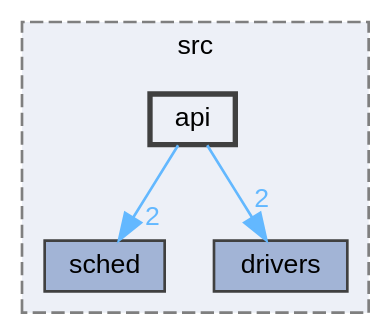
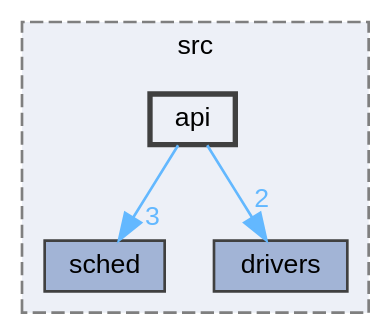
One commit to Ghaadyy/elevator-controller changed the diagram in dev/dir_18ac01a18bb8b208f27c88345941c779_dep.dot. Above: the diagram before and after it, drawn with Graphviz. The commit also changed 95 other files, not shown here.

```diff
--- a/dev/dir_18ac01a18bb8b208f27c88345941c779_dep.dot
+++ b/dev/dir_18ac01a18bb8b208f27c88345941c779_dep.dot
@@ -1,16 +1,16 @@
 digraph "firmware/src/api"
 {
  // LATEX_PDF_SIZE
   bgcolor="transparent";
   edge [fontname=Helvetica,fontsize=10,labelfontname=Helvetica,labelfontsize=10];
   node [fontname=Helvetica,fontsize=10,shape=box,height=0.2,width=0.4];
   compound=true
   subgraph clusterdir_c898ccd6027d5da3247aa855d21ca2cf {
     graph [ bgcolor="#edf0f7", pencolor="grey50", label="src", fontname=Helvetica,fontsize=10 style="filled,dashed", URL="dir_c898ccd6027d5da3247aa855d21ca2cf.html",tooltip=""]
   dir_7823007820cfe4d1a4ad04f11c50e251 [label="sched", fillcolor="#a2b4d6", color="grey25", style="filled", URL="dir_7823007820cfe4d1a4ad04f11c50e251.html",tooltip=""];
   dir_e200633b3c29dcc6afc0356839fb5e29 [label="drivers", fillcolor="#a2b4d6", color="grey25", style="filled", URL="dir_e200633b3c29dcc6afc0356839fb5e29.html",tooltip=""];
   dir_18ac01a18bb8b208f27c88345941c779 [label="api", fillcolor="#edf0f7", color="grey25", style="filled,bold", URL="dir_18ac01a18bb8b208f27c88345941c779.html",tooltip=""];
   }
-  dir_18ac01a18bb8b208f27c88345941c779->dir_7823007820cfe4d1a4ad04f11c50e251 [headlabel="2", labeldistance=1.5 headhref="dir_000000_000003.html" href="dir_000000_000003.html" color="steelblue1" fontcolor="steelblue1"];
+  dir_18ac01a18bb8b208f27c88345941c779->dir_7823007820cfe4d1a4ad04f11c50e251 [headlabel="3", labeldistance=1.5 headhref="dir_000000_000003.html" href="dir_000000_000003.html" color="steelblue1" fontcolor="steelblue1"];
   dir_18ac01a18bb8b208f27c88345941c779->dir_e200633b3c29dcc6afc0356839fb5e29 [headlabel="2", labeldistance=1.5 headhref="dir_000000_000001.html" href="dir_000000_000001.html" color="steelblue1" fontcolor="steelblue1"];
 }
```
